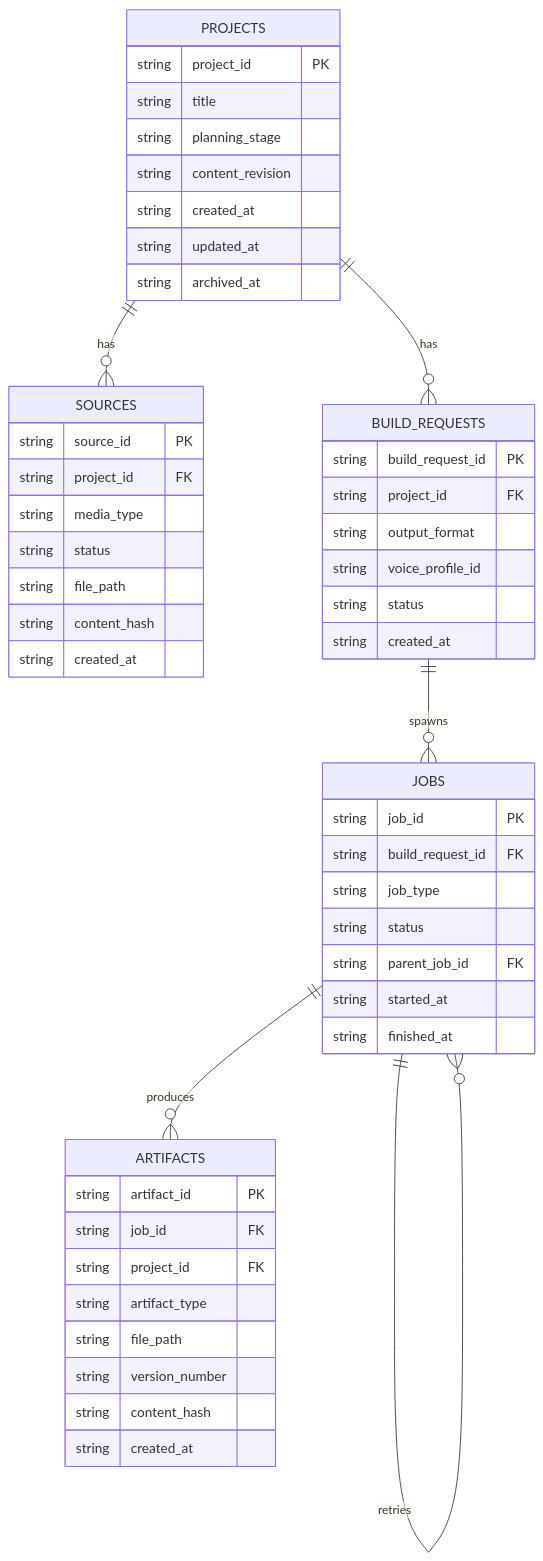
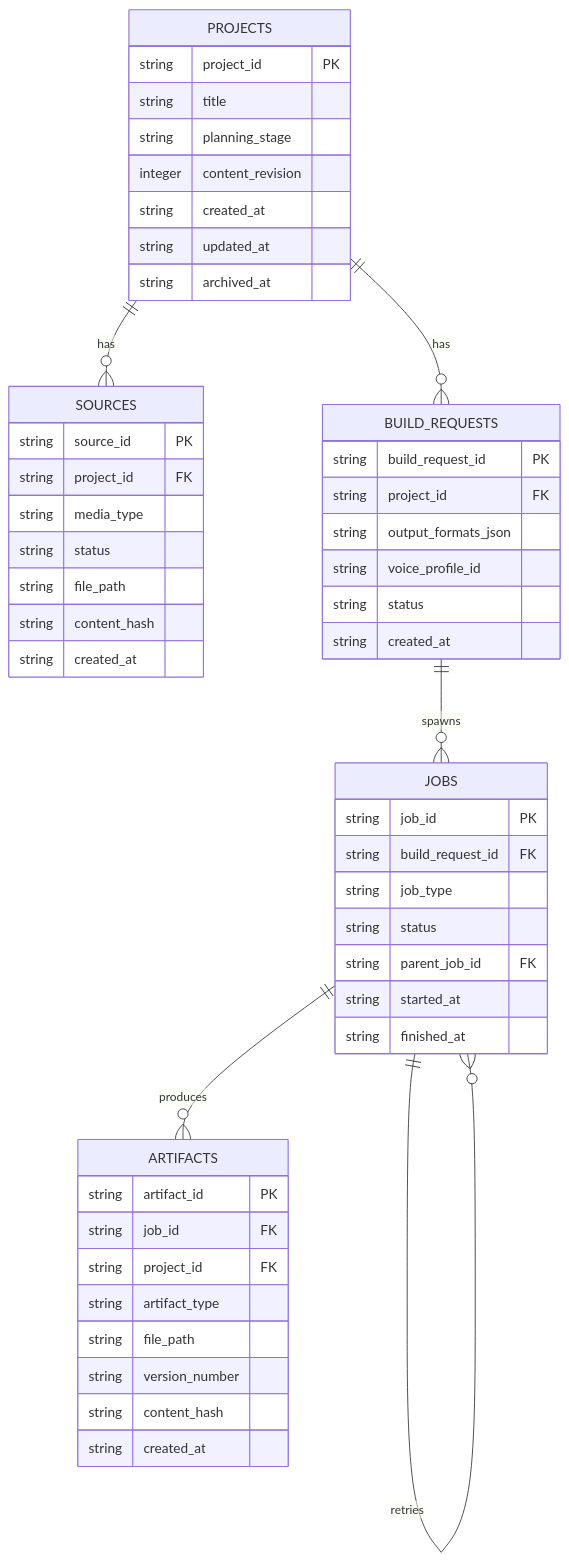
One commit to w-abe3612/walkwise changed the diagram in docs/db/00-database-overview.md. Above: the diagram before and after it, drawn with Mermaid. The commit also changed other lines of this file and 31 other files, not shown here.

````diff
--- a/docs/db/00-database-overview.md
+++ b/docs/db/00-database-overview.md
@@ -61,54 +62,54 @@
 ```mermaid
 erDiagram
     PROJECTS ||--o{ SOURCES : has
     PROJECTS ||--o{ BUILD_REQUESTS : has
     BUILD_REQUESTS ||--o{ JOBS : spawns
     JOBS ||--o{ ARTIFACTS : produces
     JOBS ||--o{ JOBS : retries
 
     PROJECTS {
         string project_id PK
         string title
         string planning_stage
-        string content_revision
+        integer content_revision
         string created_at
         string updated_at
         string archived_at
     }
     SOURCES {
         string source_id PK
         string project_id FK
         string media_type
         string status
         string file_path
         string content_hash
         string created_at
     }
     BUILD_REQUESTS {
         string build_request_id PK
         string project_id FK
-        string output_format
+        string output_formats_json
         string voice_profile_id
         string status
         string created_at
     }
     JOBS {
         string job_id PK
         string build_request_id FK
         string job_type
         string status
         string parent_job_id FK
         string started_at
         string finished_at
     }
     ARTIFACTS {
         string artifact_id PK
         string job_id FK
         string project_id FK
         string artifact_type
         string file_path
         string version_number
         string content_hash
         string created_at
     }
 ```
````
